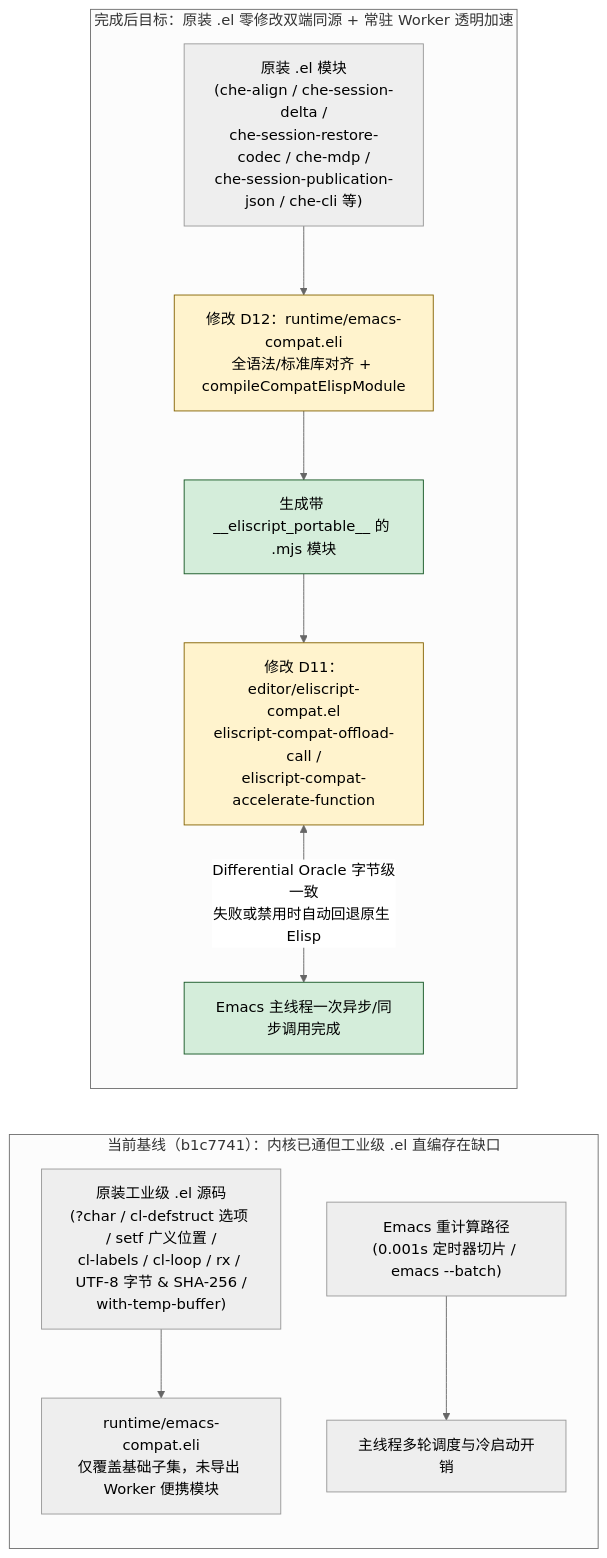
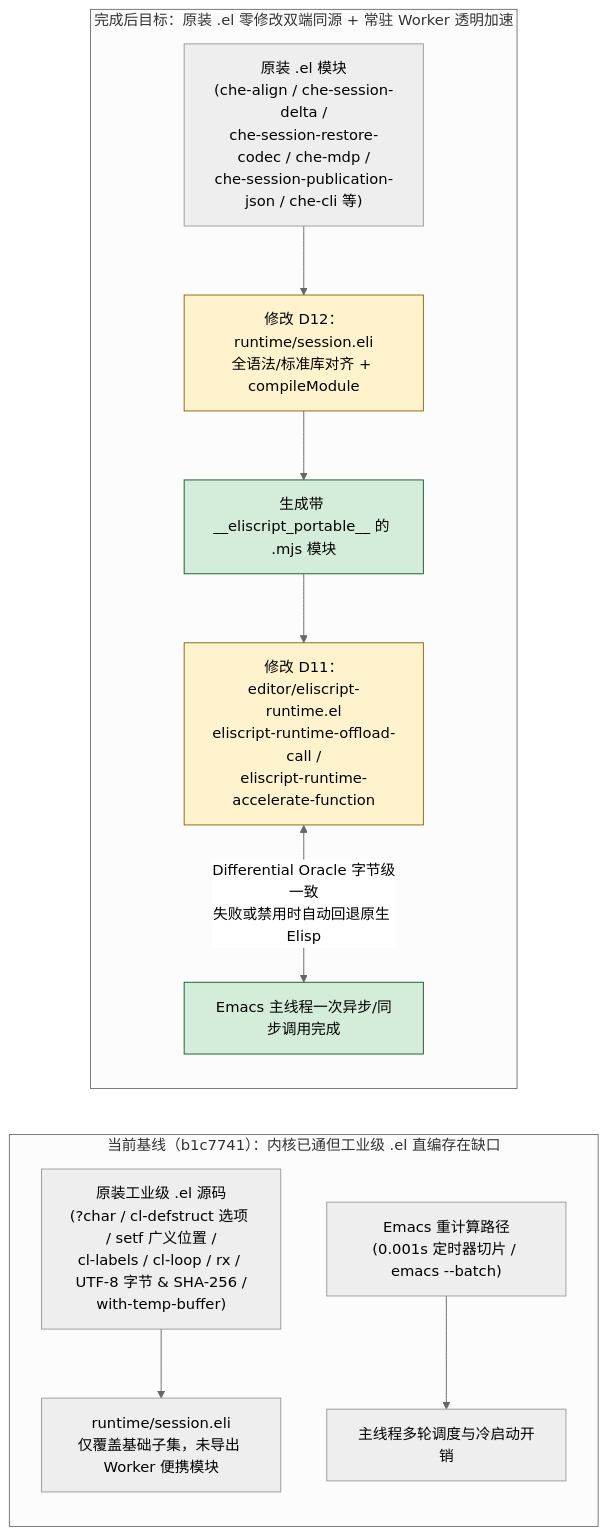
One commit to liuchong/eliscript changed the third of 3 diagrams in docs/bootstrap-0.1.0-plan.md. Above: the diagram before and after it, drawn with Mermaid (neutral theme). The commit also changed other lines of this file and 47 other files, not shown here.

Commit message:
feat(compiler): replace emacs-compat with unified AOT Lisp compiler and runtime session

````diff
--- a/docs/bootstrap-0.1.0-plan.md
+++ b/docs/bootstrap-0.1.0-plan.md
@@ -247,17 +247,17 @@
 ```mermaid
 flowchart LR
   subgraph Current_DualHost_Gap["当前基线（b1c7741）：内核已通但工业级 .el 直编存在缺口"]
-    EL0["原装工业级 .el 源码\n(?char / cl-defstruct 选项 / setf 广义位置 /\ncl-labels / cl-loop / rx / UTF-8 字节 & SHA-256 /\nwith-temp-buffer)"] --> R0["runtime/emacs-compat.eli\n仅覆盖基础子集，未导出 Worker 便携模块"]
+    EL0["原装工业级 .el 源码\n(?char / cl-defstruct 选项 / setf 广义位置 /\ncl-labels / cl-loop / rx / UTF-8 字节 & SHA-256 /\nwith-temp-buffer)"] --> R0["runtime/session.eli\n仅覆盖基础子集，未导出 Worker 便携模块"]
     E0["Emacs 重计算路径\n(0.001s 定时器切片 / emacs --batch)"] --> B0["主线程多轮调度与冷启动开销"]
   end
   subgraph Target_DualHost_Accel["完成后目标：原装 .el 零修改双端同源 + 常驻 Worker 透明加速"]
-    EL1["原装 .el 模块\n(che-align / che-session-delta /\nche-session-restore-codec / che-mdp /\nche-session-publication-json / che-cli 等)"] --> C1["修改 D12：runtime/emacs-compat.eli\n全语法/标准库对齐 + compileCompatElispModule"]
+    EL1["原装 .el 模块\n(che-align / che-session-delta /\nche-session-restore-codec / che-mdp /\nche-session-publication-json / che-cli 等)"] --> C1["修改 D12：runtime/session.eli\n全语法/标准库对齐 + compileModule"]
     C1 --> M1["生成带 __eliscript_portable__ 的 .mjs 模块"]
-    M1 --> W1["修改 D11：editor/eliscript-compat.el\neliscript-compat-offload-call /\neliscript-compat-accelerate-function"]
+    M1 --> W1["修改 D11：editor/eliscript-runtime.el\neliscript-runtime-offload-call /\neliscript-runtime-accelerate-function"]
     W1 <-->|"Differential Oracle 字节级一致\n失败或禁用时自动回退原生 Elisp"| E1["Emacs 主线程一次异步/同步调用完成"]
   end
   classDef changed fill:#fff3cd,stroke:#856404
   classDef added fill:#d4edda,stroke:#155724
   class C1,W1 changed
   class M1,E1 added
 ```
````
